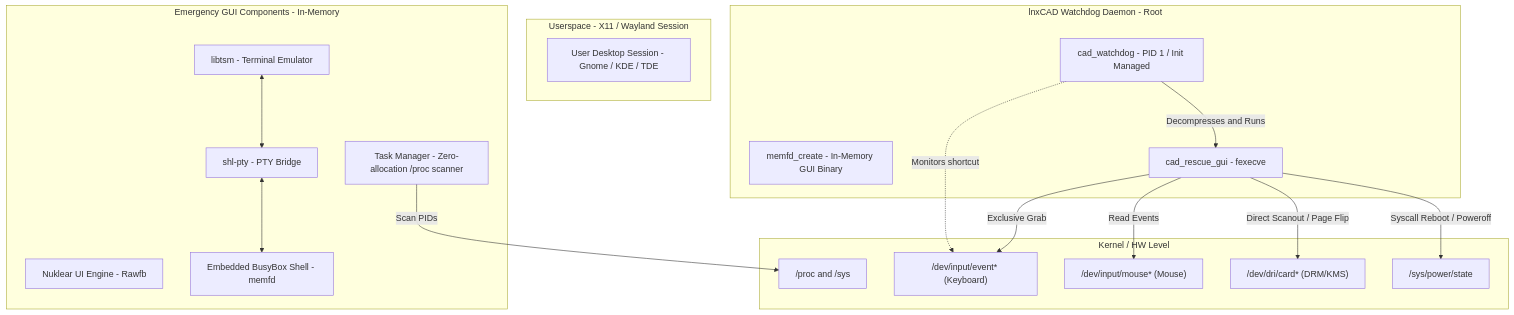
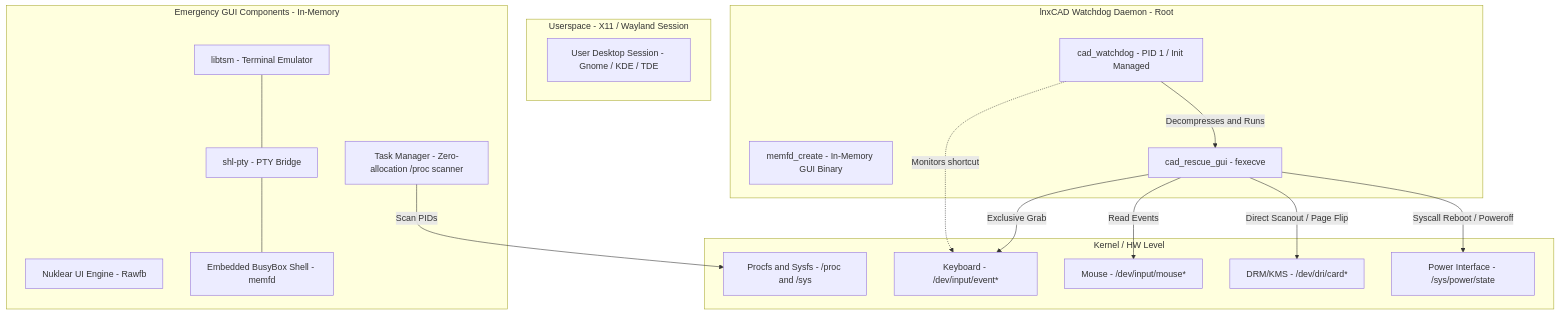
Before and after one commit to seb3773/lnxCAD: the first of 3 diagrams in README.md, drawn with Mermaid.

Commit message:
Fix Mermaid connector syntax in README.md

````diff
--- a/README.md
+++ b/README.md
@@ -84,37 +84,38 @@
 ```mermaid
 graph TD
     subgraph Userspace ["Userspace - X11 / Wayland Session"]
         UserSession["User Desktop Session - Gnome / KDE / TDE"]
     end
 
     subgraph Kernel ["Kernel / HW Level"]
-        KbdDev["/dev/input/event* (Keyboard)"]
-        MouseDev["/dev/input/mouse* (Mouse)"]
-        DrmDev["/dev/dri/card* (DRM/KMS)"]
-        SysPower["/sys/power/state"]
-        ProcFS["/proc and /sys"]
+        KbdDev["Keyboard - /dev/input/event*"]
+        MouseDev["Mouse - /dev/input/mouse*"]
+        DrmDev["DRM/KMS - /dev/dri/card*"]
+        SysPower["Power Interface - /sys/power/state"]
+        ProcFS["Procfs and Sysfs - /proc and /sys"]
     end
 
     subgraph Watchdog ["lnxCAD Watchdog Daemon - Root"]
         WD["cad_watchdog - PID 1 / Init Managed"]
         MemFD["memfd_create - In-Memory GUI Binary"]
         
         WD -.->|Monitors shortcut| KbdDev
         WD -->|Decompresses and Runs| GUI["cad_rescue_gui - fexecve"]
     end
 
     subgraph GUI_Comp ["Emergency GUI Components - In-Memory"]
         Nuklear["Nuklear UI Engine - Rawfb"]
         VTE["libtsm - Terminal Emulator"]
         PTY["shl-pty - PTY Bridge"]
         EmbeddedBB["Embedded BusyBox Shell - memfd"]
         TaskMgr["Task Manager - Zero-allocation /proc scanner"]
     end
 
     GUI -->|Exclusive Grab| KbdDev
     GUI -->|Read Events| MouseDev
     GUI -->|Direct Scanout / Page Flip| DrmDev
     GUI -->|Syscall Reboot / Poweroff| SysPower
     TaskMgr -->|Scan PIDs| ProcFS
-    VTE <--> PTY <--> EmbeddedBB
+    VTE --- PTY
+    PTY --- EmbeddedBB
 ```
````
